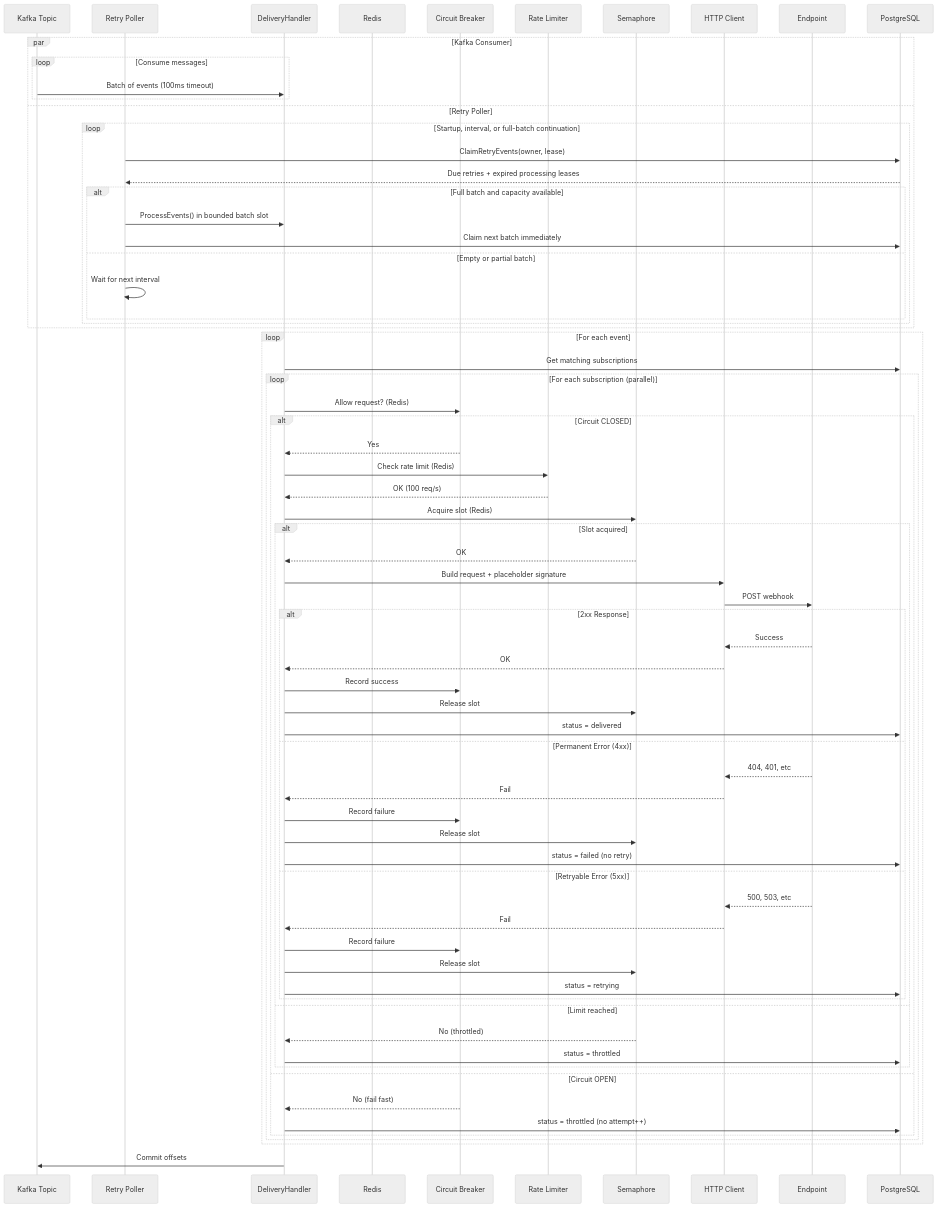
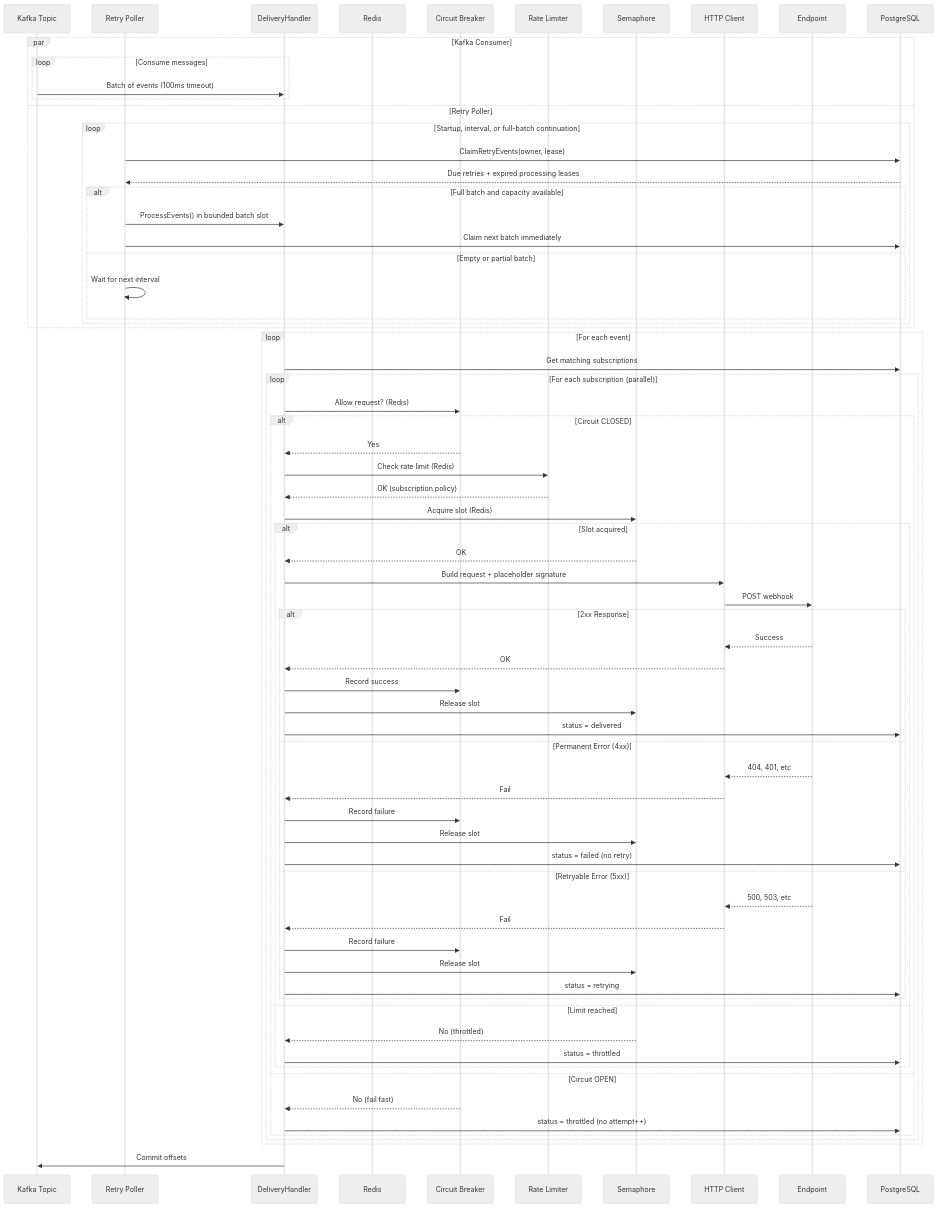
One commit to felipepmaragno/webhook-service changed the fifth of 13 diagrams in docs/architecture.md. Above: the diagram before and after it, drawn with Mermaid (neutral theme). The commit also changed other lines of this file and 19 other files, not shown here.

````diff
--- a/docs/architecture.md
+++ b/docs/architecture.md
@@ -196,80 +198,80 @@
 ```mermaid
 sequenceDiagram
     participant Kafka as Kafka Topic
     participant Poller as Retry Poller
     participant Worker as DeliveryHandler
     participant Redis as Redis
     participant CB as Circuit Breaker
     participant RL as Rate Limiter
     participant Sem as Semaphore
     participant HTTP as HTTP Client
     participant Endpoint
     participant DB as PostgreSQL
 
     par Kafka Consumer
         loop Consume messages
             Kafka->>Worker: Batch of events (100ms timeout)
         end
     and Retry Poller
         loop Startup, interval, or full-batch continuation
             Poller->>DB: ClaimRetryEvents(owner, lease)
             DB-->>Poller: Due retries + expired processing leases
             alt Full batch and capacity available
                 Poller->>Worker: ProcessEvents() in bounded batch slot
                 Poller->>DB: Claim next batch immediately
             else Empty or partial batch
                 Poller->>Poller: Wait for next interval
             end
         end
     end
     
     loop For each event
         Worker->>DB: Get matching subscriptions
         
         loop For each subscription (parallel)
             Worker->>CB: Allow request? (Redis)
             
             alt Circuit CLOSED
                 CB-->>Worker: Yes
                 Worker->>RL: Check rate limit (Redis)
-                RL-->>Worker: OK (100 req/s)
+                RL-->>Worker: OK (subscription policy)
                 Worker->>Sem: Acquire slot (Redis)
                 
                 alt Slot acquired
                     Sem-->>Worker: OK
                     Worker->>HTTP: Build request + placeholder signature
                     HTTP->>Endpoint: POST webhook
                     
                     alt 2xx Response
                         Endpoint-->>HTTP: Success
                         HTTP-->>Worker: OK
                         Worker->>CB: Record success
                         Worker->>Sem: Release slot
                         Worker->>DB: status = delivered
                     else Permanent Error (4xx)
                         Endpoint-->>HTTP: 404, 401, etc
                         HTTP-->>Worker: Fail
                         Worker->>CB: Record failure
                         Worker->>Sem: Release slot
                         Worker->>DB: status = failed (no retry)
                     else Retryable Error (5xx)
                         Endpoint-->>HTTP: 500, 503, etc
                         HTTP-->>Worker: Fail
                         Worker->>CB: Record failure
                         Worker->>Sem: Release slot
                         Worker->>DB: status = retrying
                     end
                 else Limit reached
                     Sem-->>Worker: No (throttled)
                     Worker->>DB: status = throttled
                 end
                 
             else Circuit OPEN
                 CB-->>Worker: No (fail fast)
                 Worker->>DB: status = throttled (no attempt++)
             end
         end
     end
     
     Worker->>Kafka: Commit offsets
 ```
````
